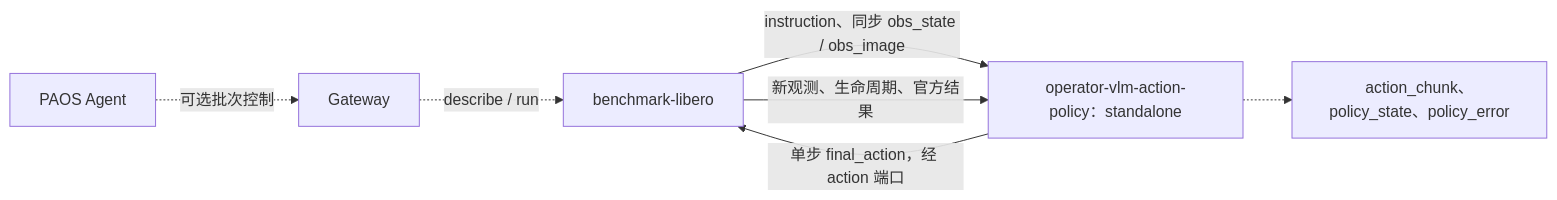
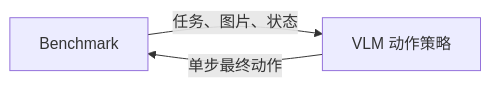
The first of 2 diagrams in docs/DESIGN_zh.md (PhyAgentOS/operator-vlm-action-policy), drawn with Mermaid before and after one commit. The commit also changed other lines of this file and 5 other files, not shown here.

````diff
--- a/docs/DESIGN_zh.md
+++ b/docs/DESIGN_zh.md
@@ -81,9 +13,5 @@
 ```mermaid
 flowchart LR
-    agent["PAOS Agent"] -.->|"可选批次控制"| gateway["Gateway"]
-    gateway -.->|"describe / run"| benchmark["benchmark-libero"]
-    benchmark -->|"instruction、同步 obs_state / obs_image"| policy["operator-vlm-action-policy：standalone"]
-    policy -->|"单步 final_action，经 action 端口"| benchmark
-    benchmark -->|"新观测、生命周期、官方结果"| policy
-    policy -.-> trace["action_chunk、policy_state、policy_error"]
+    benchmark["Benchmark"] -->|"任务、图片、状态"| vlm["VLM 动作策略"]
+    vlm -->|"单步最终动作"| benchmark
 ```
````
